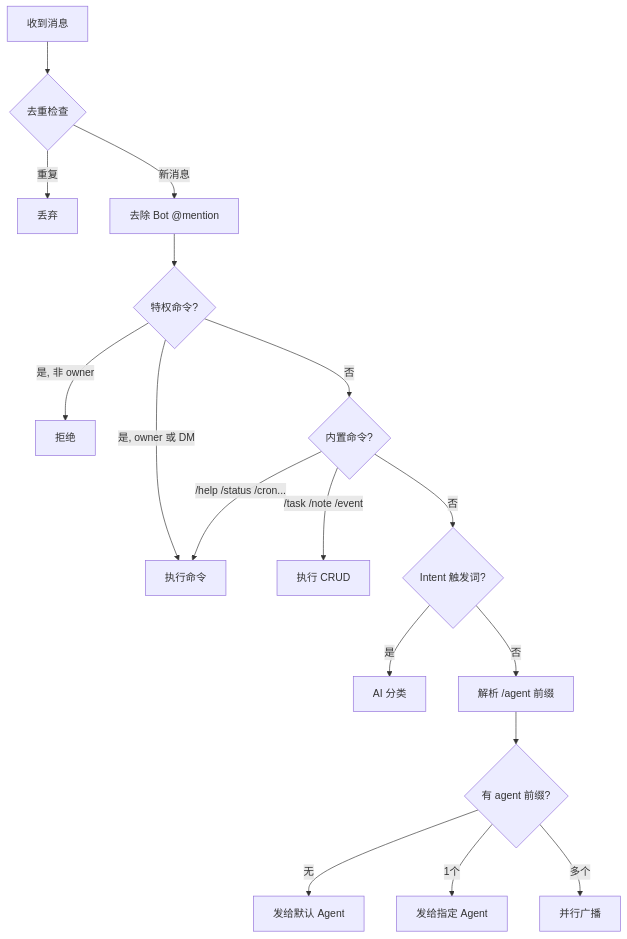
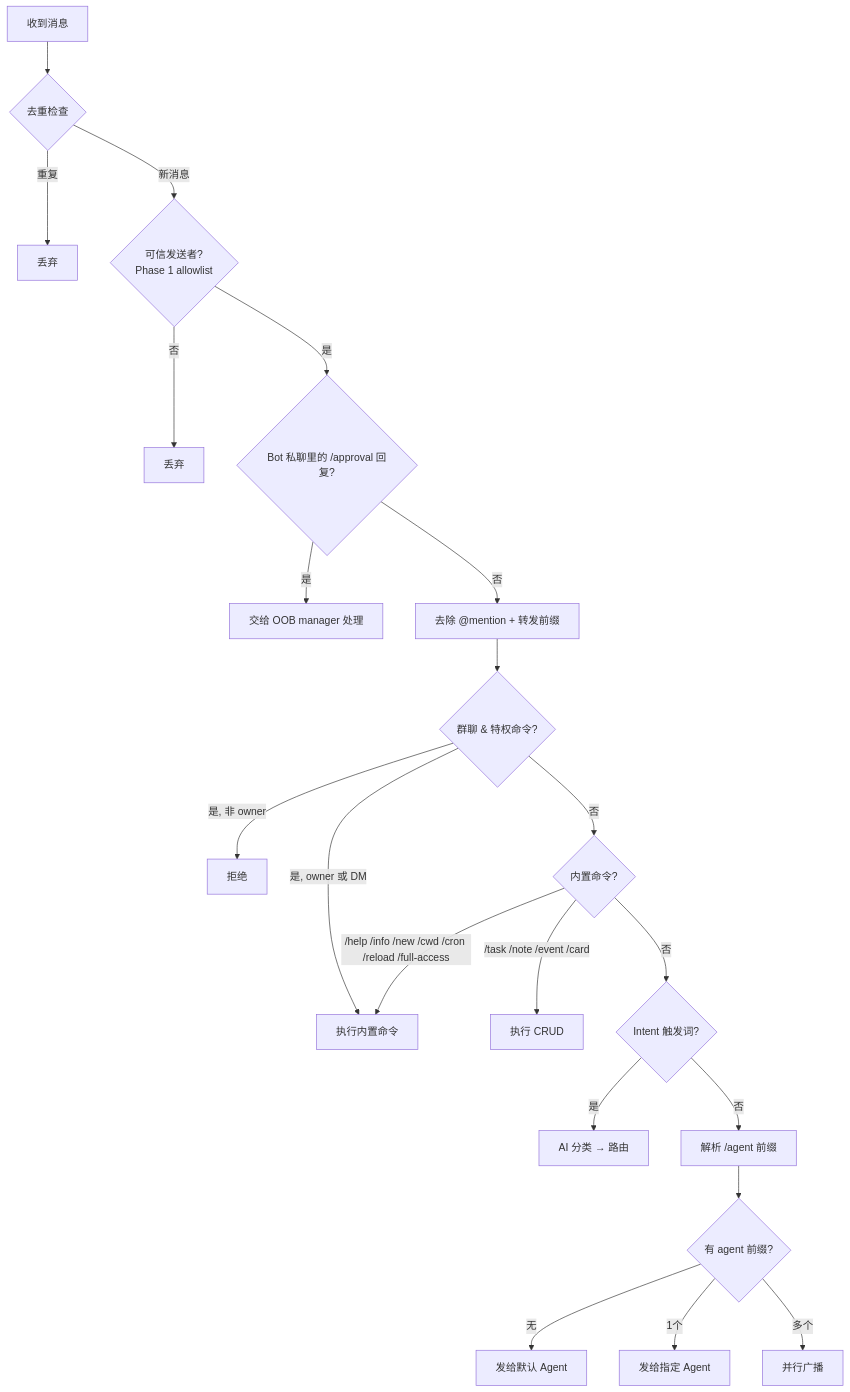
One commit to ringclaw/ringclaw changed the second of 3 diagrams in docs/zh/guide/how-it-works.md. Above: the diagram before and after it, drawn with Mermaid. The commit also changed 8 other files, not shown here.

First line of the commit message:
docs: refresh mermaid diagrams and restructure site nav

````diff
--- a/docs/zh/guide/how-it-works.md
+++ b/docs/zh/guide/how-it-works.md
@@ -25,19 +25,23 @@
 ```mermaid
 flowchart TD
     Msg[收到消息] --> Dedup{去重检查}
     Dedup -->|重复| Drop[丢弃]
-    Dedup -->|新消息| Strip[去除 Bot @mention]
-    Strip --> Priv{特权命令?}
+    Dedup -->|新消息| TS{可信发送者?<br/>Phase 1 allowlist}
+    TS -->|否| Drop2[丢弃]
+    TS -->|是| Approval{Bot 私聊里的 /approval 回复?}
+    Approval -->|是| OOB[交给 OOB manager 处理]
+    Approval -->|否| Strip[去除 @mention + 转发前缀]
+    Strip --> Priv{群聊 & 特权命令?}
     Priv -->|是, 非 owner| Block[拒绝]
-    Priv -->|是, owner 或 DM| Cmd[执行命令]
+    Priv -->|是, owner 或 DM| Cmd[执行内置命令]
     Priv -->|否| BuiltIn{内置命令?}
-    BuiltIn -->|/help /status /cron...| Cmd
-    BuiltIn -->|/task /note /event| CRUD[执行 CRUD]
+    BuiltIn -->|/help /info /new /cwd /cron /reload /full-access| Cmd
+    BuiltIn -->|/task /note /event /card| CRUD[执行 CRUD]
     BuiltIn -->|否| Intent{Intent 触发词?}
-    Intent -->|是| Classify[AI 分类]
+    Intent -->|是| Classify[AI 分类 → 路由]
     Intent -->|否| Parse[解析 /agent 前缀]
     Parse --> HasAgent{有 agent 前缀?}
     HasAgent -->|无| Default[发给默认 Agent]
     HasAgent -->|1个| Named[发给指定 Agent]
     HasAgent -->|多个| Broadcast[并行广播]
 ```
````
